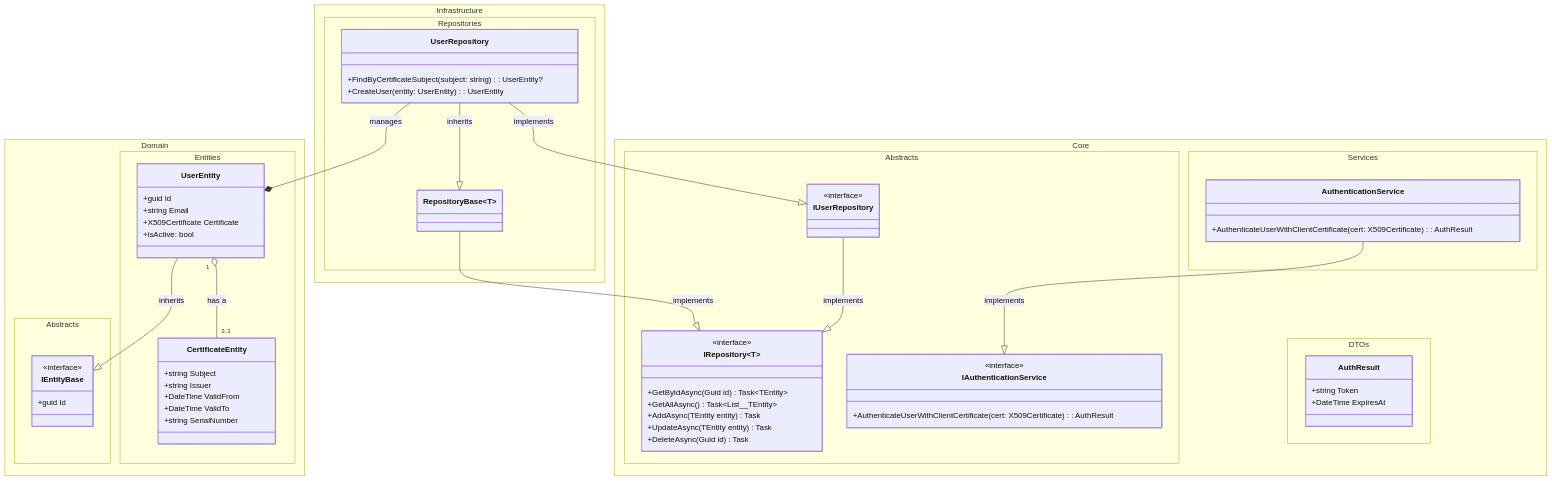
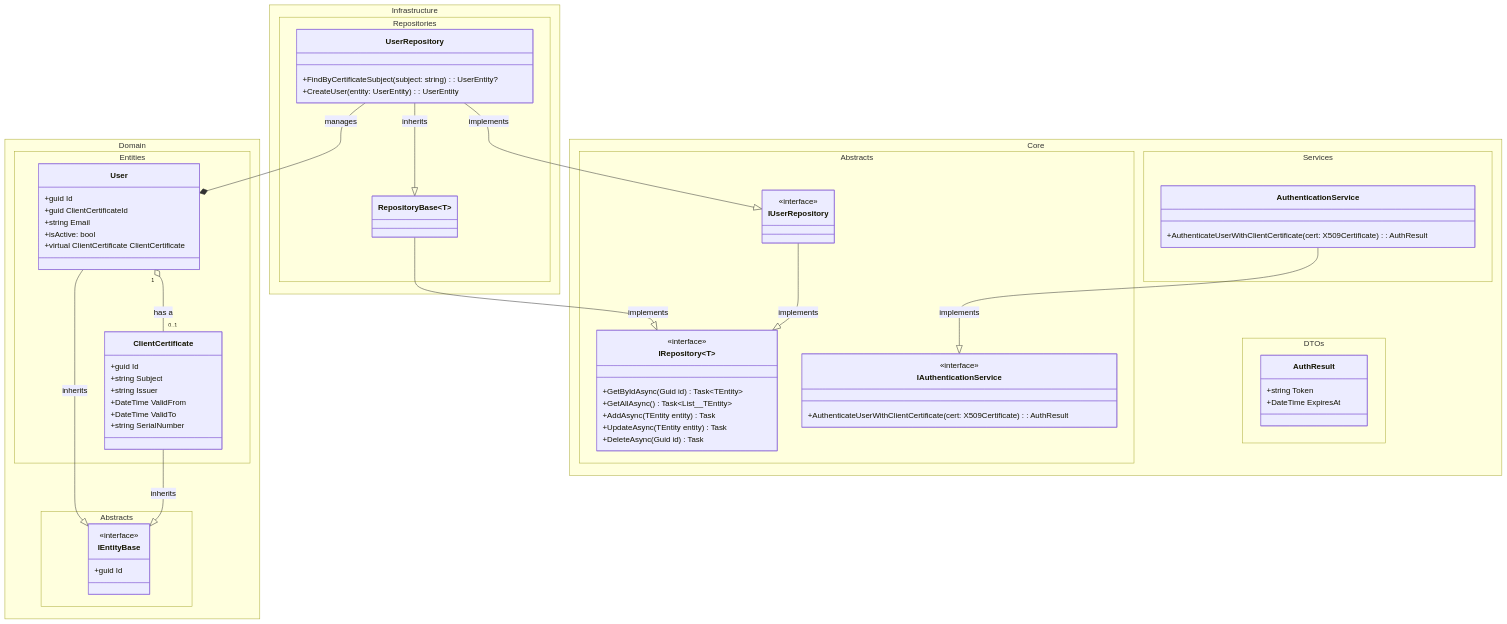
Before and after one commit to Tirsvad/TirsvadWeb.DotNet.Portfolio: the diagram in docs/DCD.md, drawn with Mermaid. The commit also changed 44 other files, not shown here.

```diff
--- a/docs/DCD.md
+++ b/docs/DCD.md
@@ -19,14 +19,16 @@
 
   namespace  Domain.Entities {
 
-    class UserEntity {
+    class User {
       +guid Id
+      +guid ClientCertificateId
       +string Email
-      +X509Certificate Certificate
       +isActive: bool
+      +virtual ClientCertificate ClientCertificate
     }
 
-    class CertificateEntity {
+    class ClientCertificate {
+      +guid Id
       +string Subject
       +string Issuer
       +DateTime ValidFrom
@@ -83,14 +85,15 @@
   }
 
   %% Composition
-  UserEntity "1" o-- "0..1" CertificateEntity : has a
+  User "1" o-- "0..1" ClientCertificate : has a
 
   %% Associations
-  UserRepository --* UserEntity : manages
+  UserRepository --* User : manages
 
   %% Inheritance
-  UserEntity --|> IEntityBase : inherits
-  UserRepository --|> RepositoryBase~UserEntity~ : inherits
+  User --|> IEntityBase : inherits
+  ClientCertificate --|> IEntityBase : inherits
+  UserRepository --|> RepositoryBase~User~ : inherits
 
   %% Implementation
   RepositoryBase~T~ --|> IRepository~T~ : implements
```
